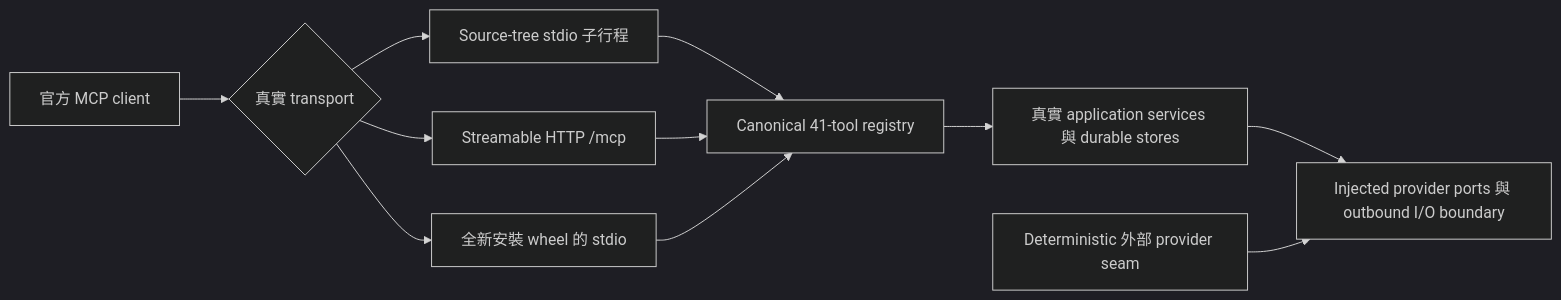
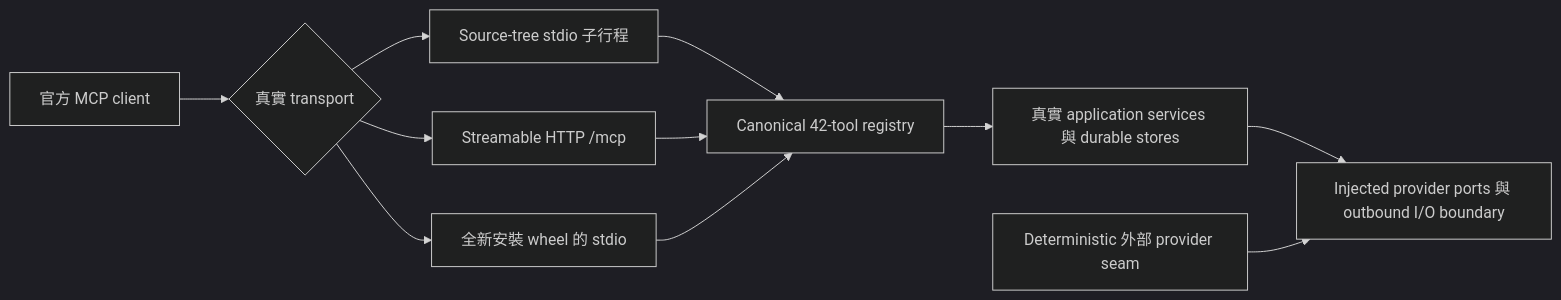
Before and after one commit to u9401066/pubmed-search-mcp: the diagram in docs/development/DEVELOPER_GUIDE.zh-TW.md, drawn with Mermaid (dark theme). The commit also changed other lines of this file and 22 other files, not shown here.

````diff
--- a/docs/development/DEVELOPER_GUIDE.zh-TW.md
+++ b/docs/development/DEVELOPER_GUIDE.zh-TW.md
@@ -214,13 +214,13 @@
 ```mermaid
 flowchart LR
     C["官方 MCP client"] --> T{"真實 transport"}
     T --> S["Source-tree stdio 子行程"]
     T --> H["Streamable HTTP /mcp"]
     T --> W["全新安裝 wheel 的 stdio"]
-    S --> R["Canonical 41-tool registry"]
+    S --> R["Canonical 42-tool registry"]
     H --> R
     W --> R
     R --> A["真實 application services 與 durable stores"]
     A --> I["Injected provider ports 與 outbound I/O boundary"]
     P["Deterministic 外部 provider seam"] --> I
 ```
````
